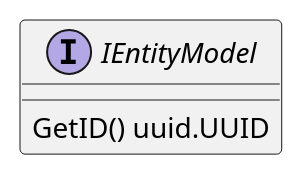
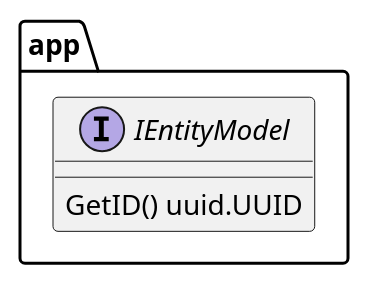
Before and after one commit to lf-edge/rol: the diagram in docs/plantuml/interfaces/IEntityModel.puml, drawn with PlantUML. The commit also changed 26 other files, not shown here.

```diff
--- a/docs/plantuml/interfaces/IEntityModel.puml
+++ b/docs/plantuml/interfaces/IEntityModel.puml
@@ -1,5 +1,9 @@
 @startuml IEntityModel
-interface IEntityModel {
-    GetID() uuid.UUID
+
+package app {
+    interface IEntityModel {
+        GetID() uuid.UUID
+    }
 }
+
 @enduml
```
